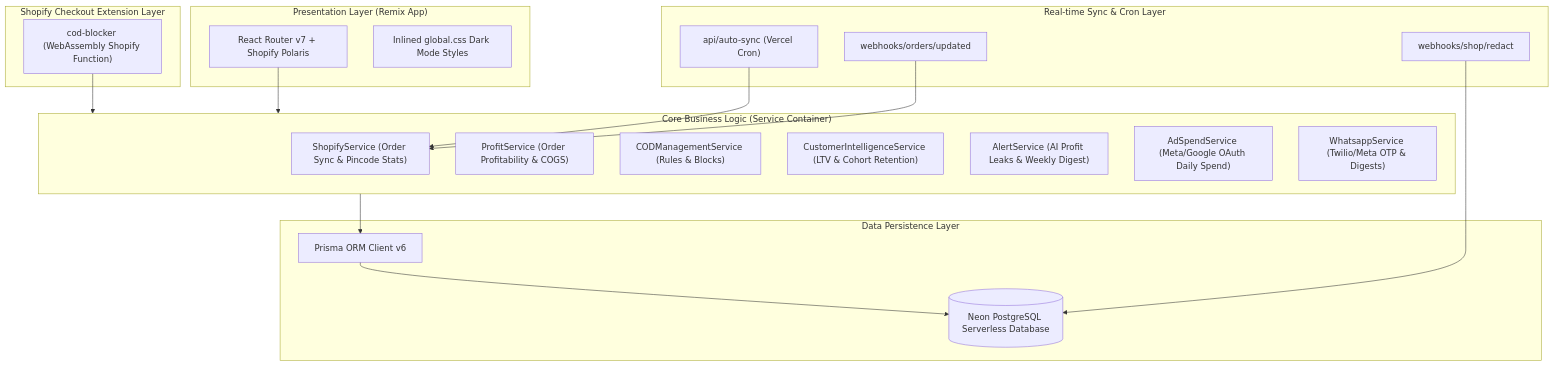
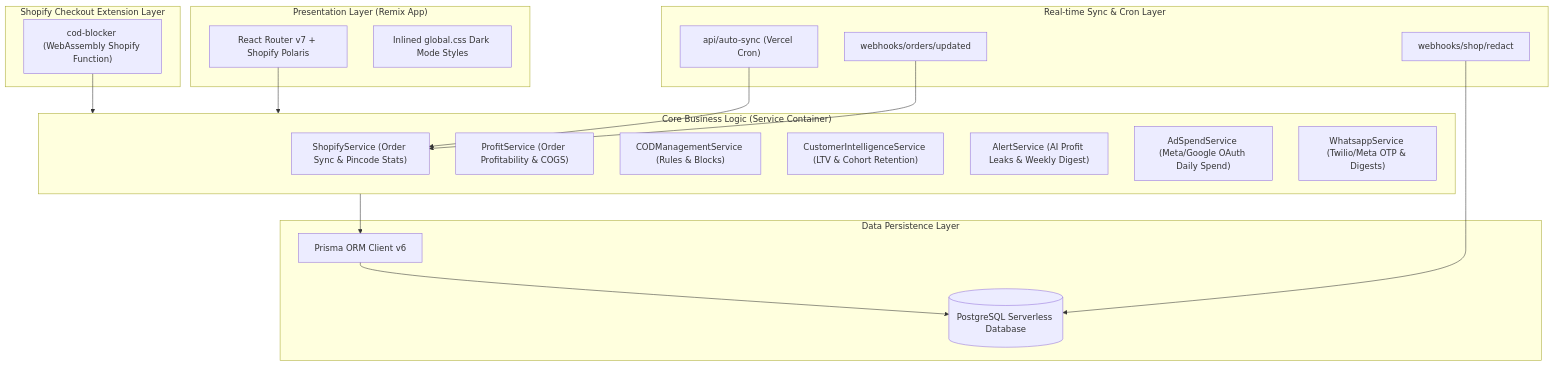
One commit to vishal1357v/ProfitRx changed the diagram in README.md. Above: the diagram before and after it, drawn with Mermaid. The commit also changed other lines of this file, not shown here.

````diff
--- a/README.md
+++ b/README.md
@@ -13,46 +35,46 @@
 ```mermaid
 graph TD
     %% Presentation Layer
     subgraph Presentation ["Presentation Layer (Remix App)"]
         UI["React Router v7 + Shopify Polaris"]
         CSS["Inlined global.css Dark Mode Styles"]
     end
 
     %% Edge Extension Layer
     subgraph Extension ["Shopify Checkout Extension Layer"]
         Func["cod-blocker (WebAssembly Shopify Function)"]
     end
 
     %% Core Application Layer
     subgraph Core ["Core Business Logic (Service Container)"]
         SS["ShopifyService (Order Sync & Pincode Stats)"]
         PS["ProfitService (Order Profitability & COGS)"]
         CODS["CODManagementService (Rules & Blocks)"]
         CIS["CustomerIntelligenceService (LTV & Cohort Retention)"]
         Alerts["AlertService (AI Profit Leaks & Weekly Digest)"]
         Ads["AdSpendService (Meta/Google OAuth Daily Spend)"]
         WA["WhatsappService (Twilio/Meta OTP & Digests)"]
     end
 
     %% Data & Infrastructure
     subgraph Data ["Data Persistence Layer"]
         Prisma["Prisma ORM Client v6"]
-        DB[(Neon PostgreSQL Serverless Database)]
+        DB[(PostgreSQL Serverless Database)]
     end
 
     %% Webhook & Sync Layer
     subgraph Webhook ["Real-time Sync & Cron Layer"]
         SyncAPI["api/auto-sync (Vercel Cron)"]
         OrderWH["webhooks/orders/updated"]
         GDPRWH["webhooks/shop/redact"]
     end
 
     %% Flow lines
     UI --> Core
     Core --> Prisma
     Prisma --> DB
     Func --> Core
     OrderWH --> SS
     GDPRWH --> DB
     SyncAPI --> SS
 ```
````
